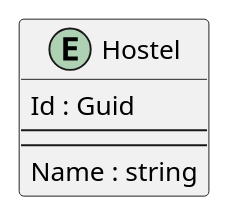
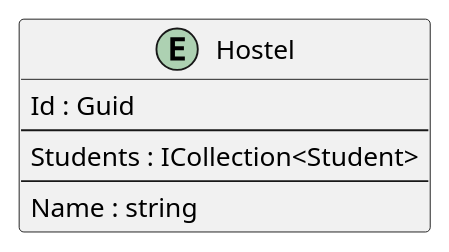
Before and after one commit to intrepion/https-code-maze.com-csharp-create-better-looking-console-applications-with-spectre-console-: the diagram in .docs/HostelStudents.pu, drawn with PlantUML.

```diff
--- a/.docs/HostelStudents.pu
+++ b/.docs/HostelStudents.pu
@@ -1,16 +1,17 @@
 @startuml
 
 entity Hostel {
     Id : Guid
     --
+    Students : ICollection<Student>
     ' HostelKeyCodePlaceholder
     --
     Name : string
     ' HostelPropertyCodePlaceholder
 }
 
 ' EntityCodePlaceholder
 
 ' RelationshipCodePlaceholder
 
 @enduml
```
